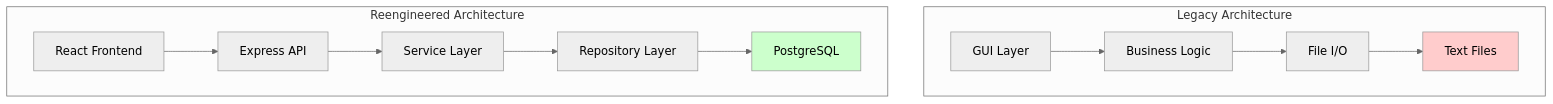
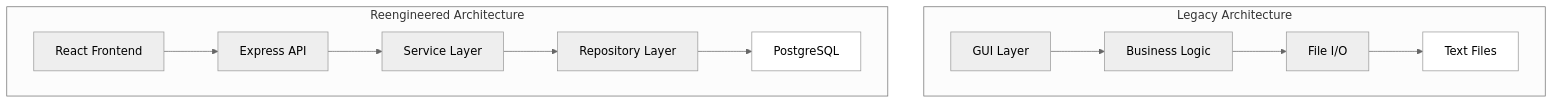
Diagram 23 of 23 in legacy/DIAGRAMS.md (MasterOz786/Re-Engineering-POS), drawn with Mermaid (neutral theme) before and after one commit. The commit also changed other lines of this file, not shown here.

Commit message:
Update all diagrams to use white backgrounds

````diff
--- a/legacy/DIAGRAMS.md
+++ b/legacy/DIAGRAMS.md
@@ -1342,29 +1342,29 @@
 ```mermaid
 graph TB
     subgraph "Legacy Architecture"
         L1[GUI Layer]
         L2[Business Logic]
         L3[File I/O]
         L4[Text Files]
         
         L1 --> L2
         L2 --> L3
         L3 --> L4
     end
     
     subgraph "Reengineered Architecture"
         R1[React Frontend]
         R2[Express API]
         R3[Service Layer]
         R4[Repository Layer]
         R5[PostgreSQL]
         
         R1 --> R2
         R2 --> R3
         R3 --> R4
         R4 --> R5
     end
     
-    style L4 fill:#ffcccc
-    style R5 fill:#ccffcc
+    style L4 fill:#ffffff
+    style R5 fill:#ffffff
 ```
````
